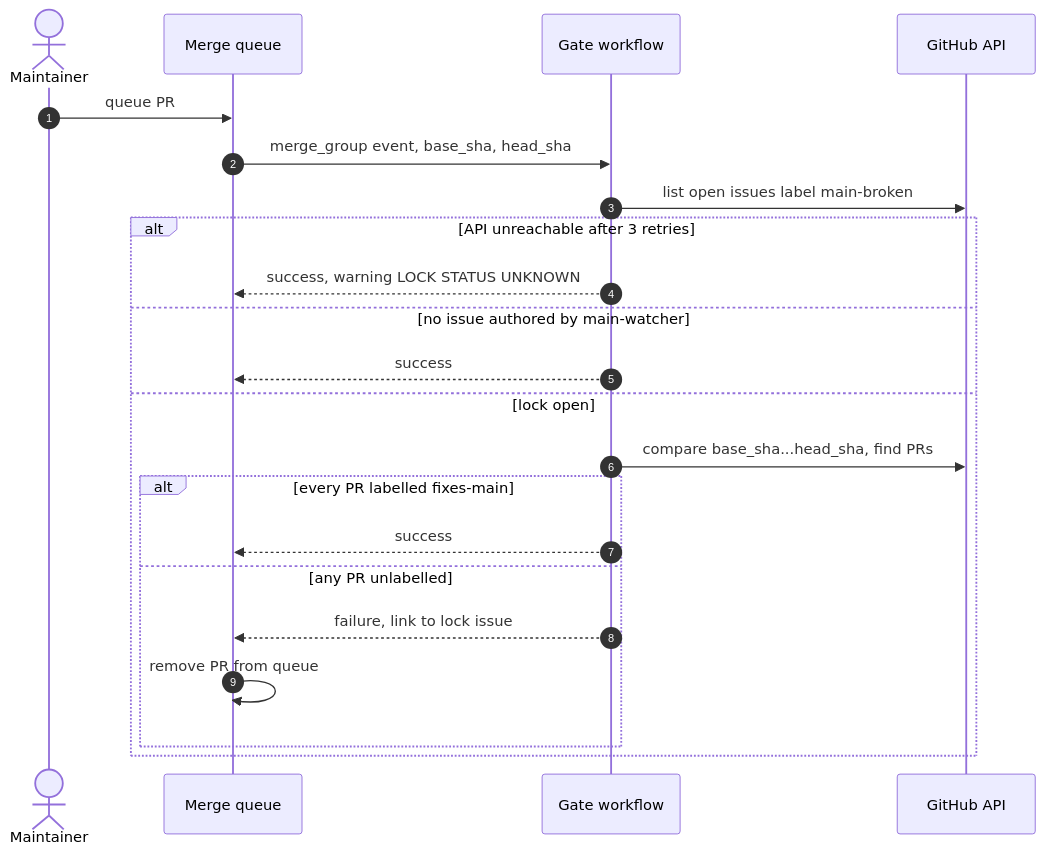
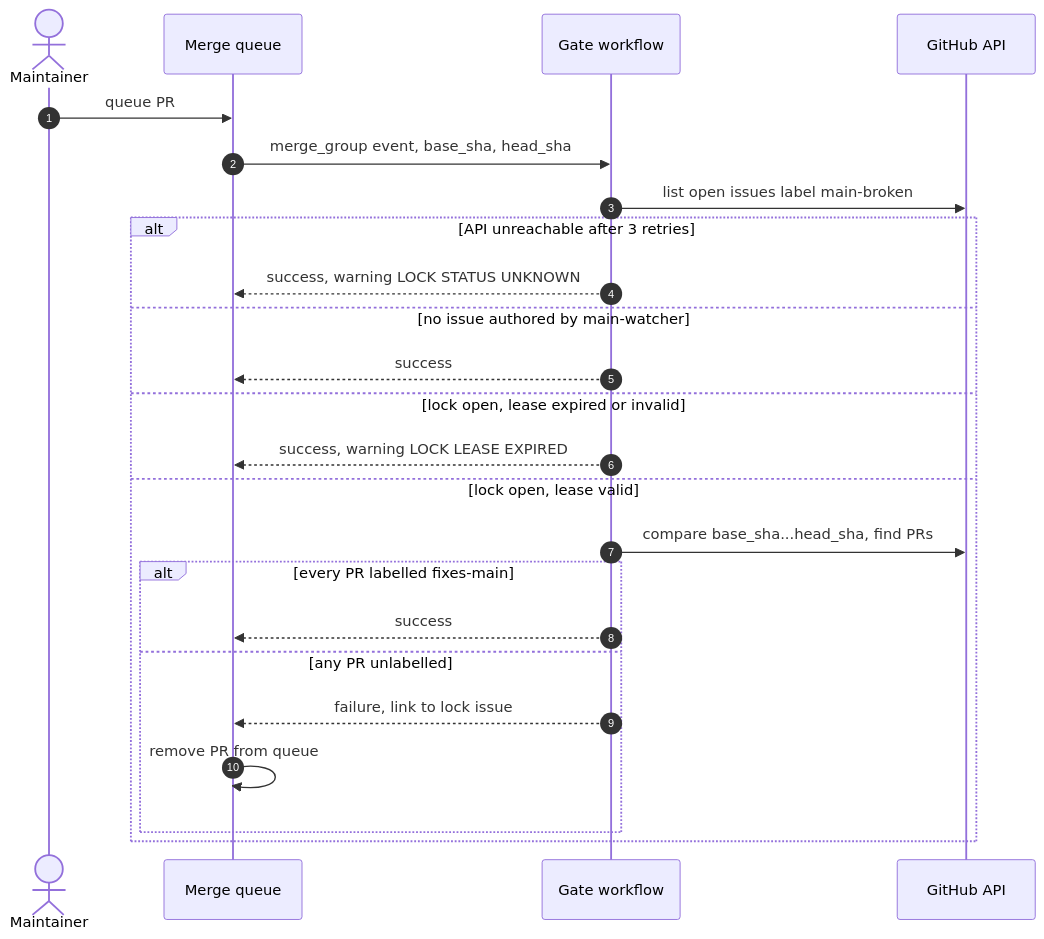
The fourth of 6 diagrams in docs/architecture/architecture.md (main-watcher-sandbox/main-watcher), drawn with Mermaid before and after one commit. The commit also changed other lines of this file and 10 other files, not shown here.

First line of the commit message:
Address adversarial review findings in architecture docs

````diff
--- a/docs/architecture/architecture.md
+++ b/docs/architecture/architecture.md
@@ -321,26 +340,28 @@
 ```mermaid
 %% name: seq-gate
 sequenceDiagram
     autonumber
     actor M as Maintainer
     participant MQ as Merge queue
     participant G as Gate workflow
     participant GH as GitHub API
 
     M->>MQ: queue PR
     MQ->>G: merge_group event, base_sha, head_sha
     G->>GH: list open issues label main-broken
     alt API unreachable after 3 retries
         G-->>MQ: success, warning LOCK STATUS UNKNOWN
     else no issue authored by main-watcher
         G-->>MQ: success
-    else lock open
+    else lock open, lease expired or invalid
+        G-->>MQ: success, warning LOCK LEASE EXPIRED
+    else lock open, lease valid
         G->>GH: compare base_sha...head_sha, find PRs
         alt every PR labelled fixes-main
             G-->>MQ: success
         else any PR unlabelled
             G-->>MQ: failure, link to lock issue
             MQ->>MQ: remove PR from queue
         end
     end
 ```
````
